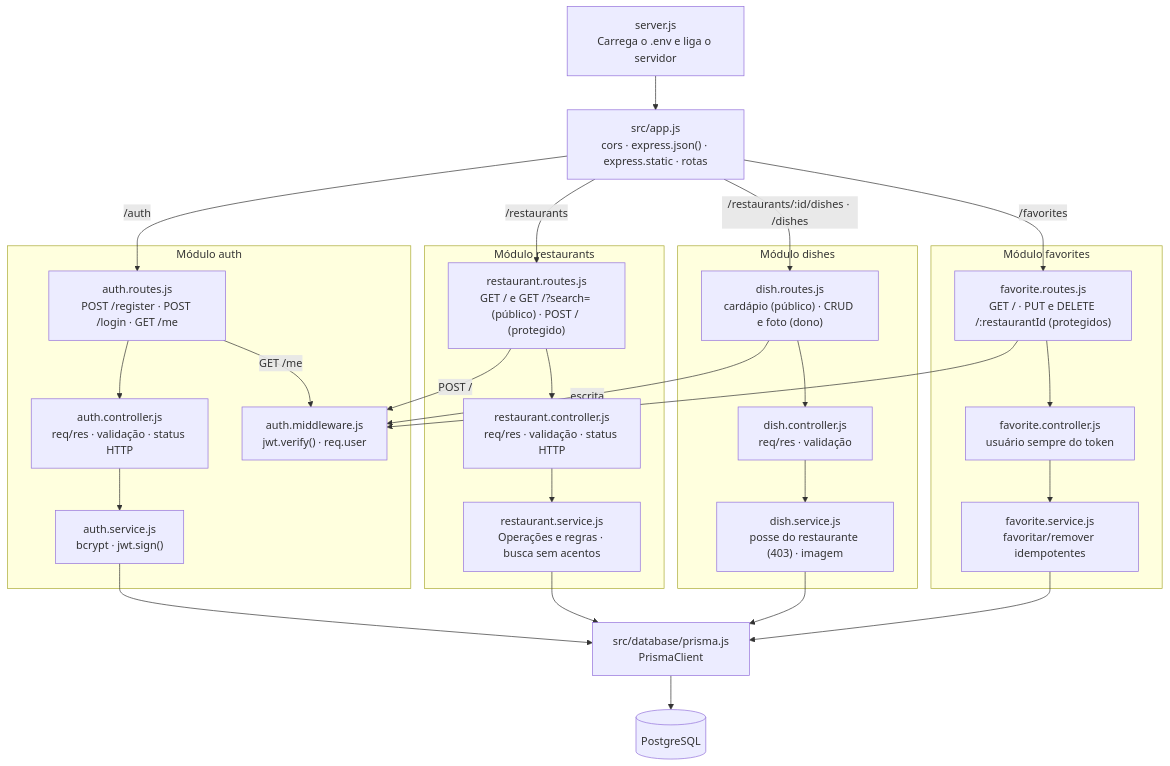
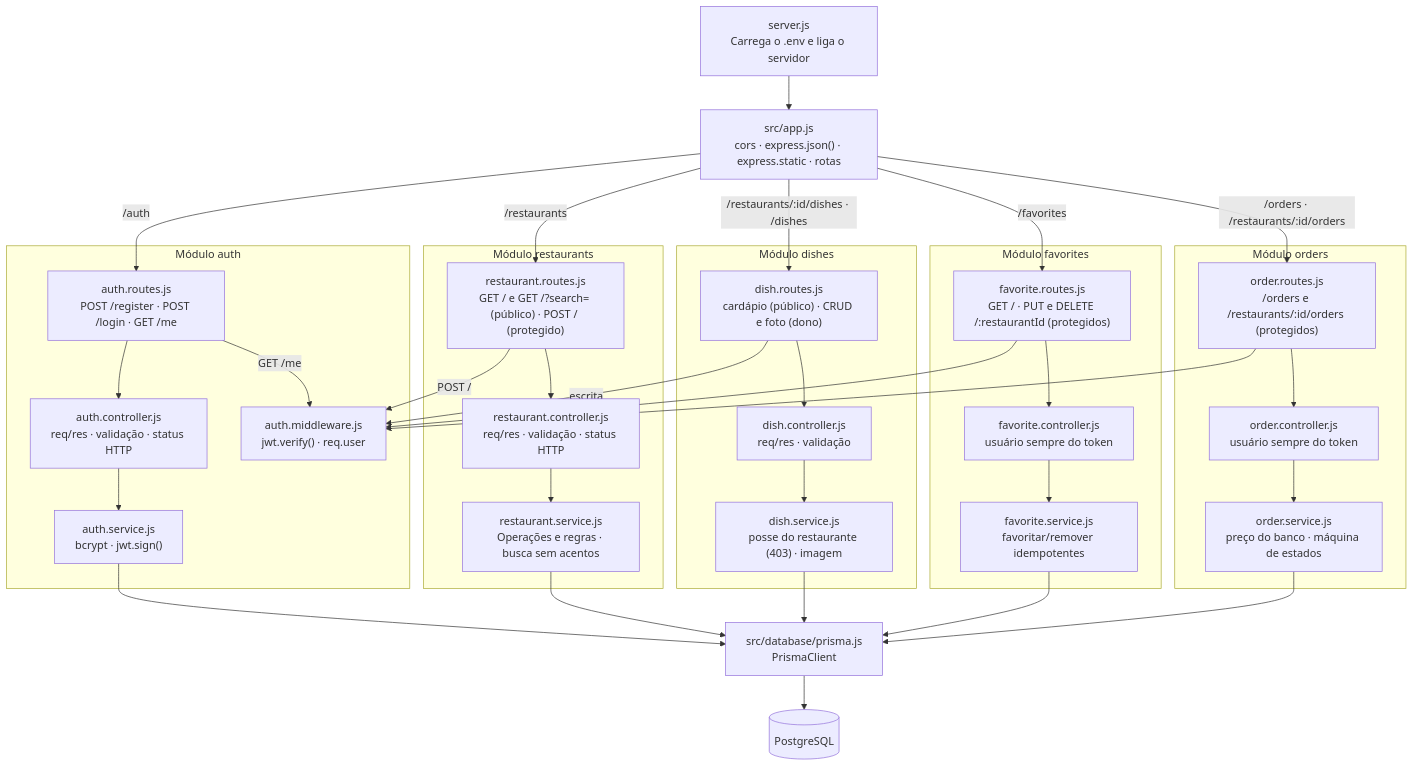
Before and after one commit to RafaellosAO10/projeto_easyfood_arquitetura_de_software: the third of 3 diagrams in docs/arquitetura/c4-model.md, drawn with Mermaid. The commit also changed other lines of this file and 9 other files, not shown here.

First line of the commit message:
Adiciona pedidos na API (/orders) com máquina de estados

````diff
--- a/docs/arquitetura/c4-model.md
+++ b/docs/arquitetura/c4-model.md
@@ -48,52 +48,62 @@
 ```mermaid
 flowchart TB
     server["server.js<br/>Carrega o .env e liga o servidor"]
     app["src/app.js<br/>cors · express.json() · express.static · rotas"]
 
     subgraph auth["Módulo auth"]
         authRoutes["auth.routes.js<br/>POST /register · POST /login · GET /me"]
         authController["auth.controller.js<br/>req/res · validação · status HTTP"]
         authService["auth.service.js<br/>bcrypt · jwt.sign()"]
         middleware["auth.middleware.js<br/>jwt.verify() · req.user"]
     end
 
     subgraph restaurants["Módulo restaurants"]
         routes["restaurant.routes.js<br/>GET / e GET /?search= (público) · POST / (protegido)"]
         controller["restaurant.controller.js<br/>req/res · validação · status HTTP"]
         service["restaurant.service.js<br/>Operações e regras · busca sem acentos"]
     end
 
     subgraph dishes["Módulo dishes"]
         dishRoutes["dish.routes.js<br/>cardápio (público) · CRUD e foto (dono)"]
         dishController["dish.controller.js<br/>req/res · validação"]
         dishService["dish.service.js<br/>posse do restaurante (403) · imagem"]
     end
 
     subgraph favorites["Módulo favorites"]
         favRoutes["favorite.routes.js<br/>GET / · PUT e DELETE /:restaurantId (protegidos)"]
         favController["favorite.controller.js<br/>usuário sempre do token"]
         favService["favorite.service.js<br/>favoritar/remover idempotentes"]
     end
 
+    subgraph orders["Módulo orders"]
+        orderRoutes["order.routes.js<br/>/orders e /restaurants/:id/orders (protegidos)"]
+        orderController["order.controller.js<br/>usuário sempre do token"]
+        orderService["order.service.js<br/>preço do banco · máquina de estados"]
+    end
+
     database["src/database/prisma.js<br/>PrismaClient"]
     db[("PostgreSQL")]
 
     server --> app
     app -- "/auth" --> authRoutes
     app -- "/restaurants" --> routes
     app -- "/restaurants/:id/dishes · /dishes" --> dishRoutes
     app -- "/favorites" --> favRoutes
+    app -- "/orders · /restaurants/:id/orders" --> orderRoutes
     authRoutes --> authController --> authService
     authRoutes -- "GET /me" --> middleware
     routes -- "POST /" --> middleware
     routes --> controller --> service
     dishRoutes -- "escrita" --> middleware
     favRoutes --> middleware
     dishRoutes --> dishController --> dishService
     favRoutes --> favController --> favService
+    orderRoutes --> middleware
+    orderRoutes --> orderController --> orderService
     authService --> database
     service --> database
     dishService --> database
     favService --> database
+    orderService --> database
     database --> db
 ```
````
